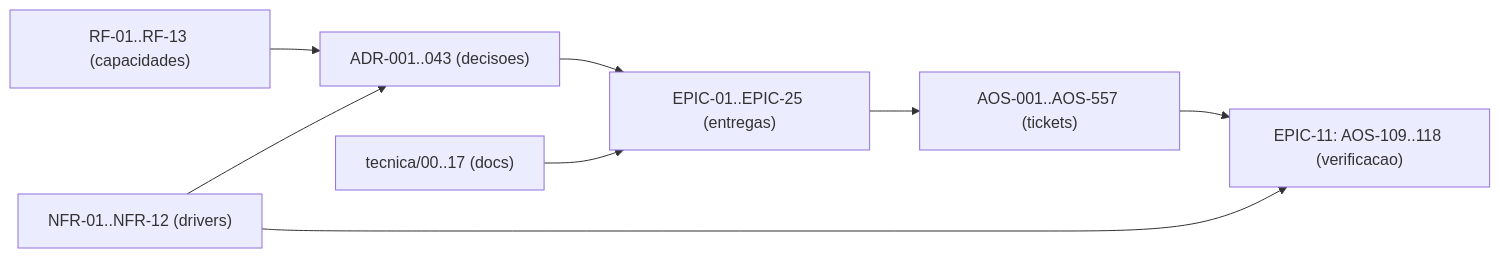
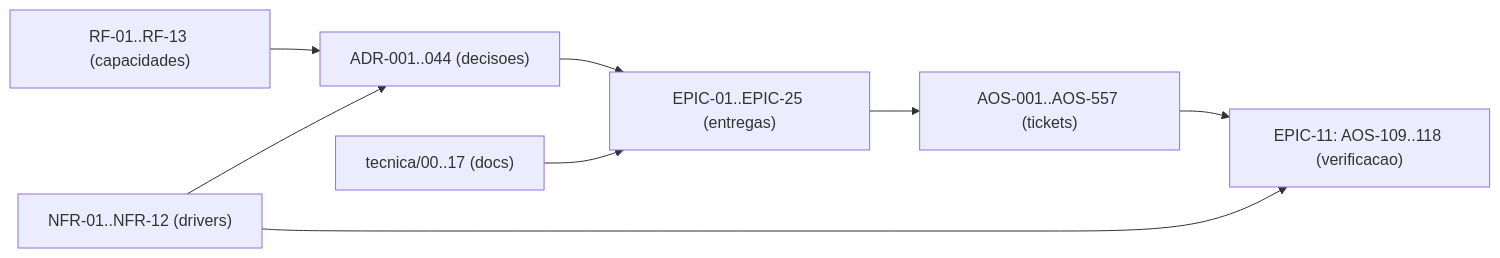
Before and after one commit to albinoJimy/aos: the diagram in tecnica/16_Rastreabilidade_RTM.md, drawn with Mermaid. The commit also changed other lines of this file and 3 other files, not shown here.

````diff
--- a/tecnica/16_Rastreabilidade_RTM.md
+++ b/tecnica/16_Rastreabilidade_RTM.md
@@ -212,10 +214,10 @@
 ```mermaid
 flowchart LR
-    RF["RF-01..RF-13 (capacidades)"] --> ADR["ADR-001..043 (decisoes)"]
+    RF["RF-01..RF-13 (capacidades)"] --> ADR["ADR-001..044 (decisoes)"]
     NFR["NFR-01..NFR-12 (drivers)"] --> ADR
     ADR --> EPIC["EPIC-01..EPIC-25 (entregas)"]
     EPIC --> TICK["AOS-001..AOS-557 (tickets)"]
     DOC["tecnica/00..17 (docs)"] --> EPIC
     TICK --> TEST["EPIC-11: AOS-109..118 (verificacao)"]
     NFR --> TEST
 ```
````
